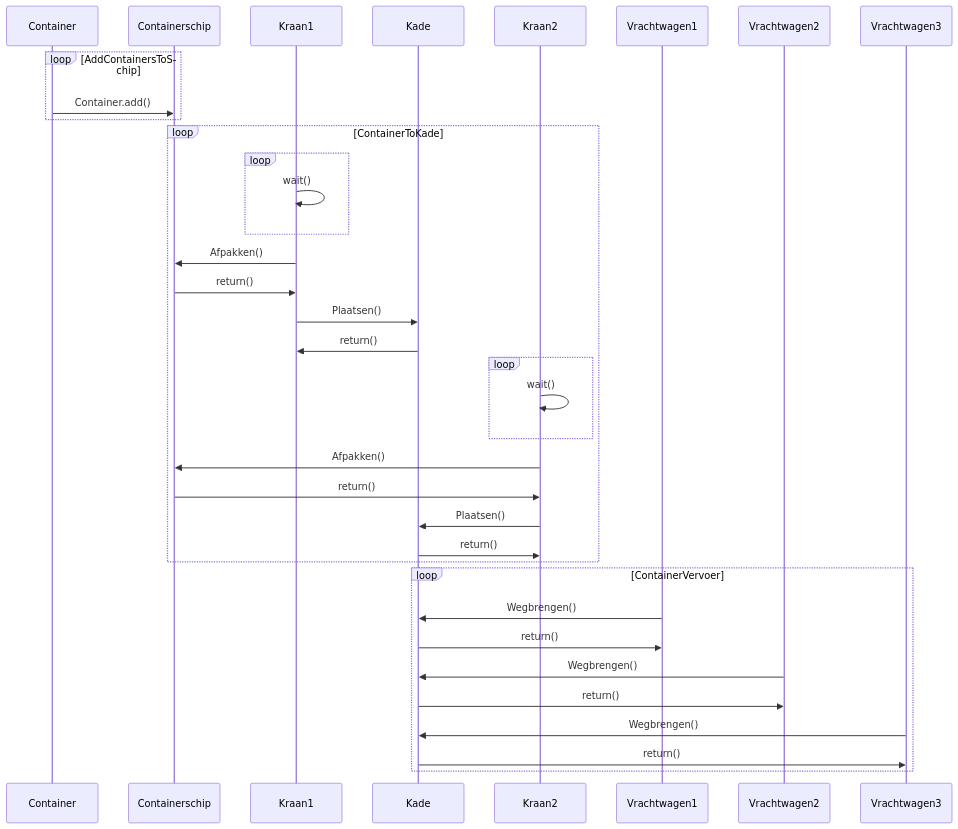
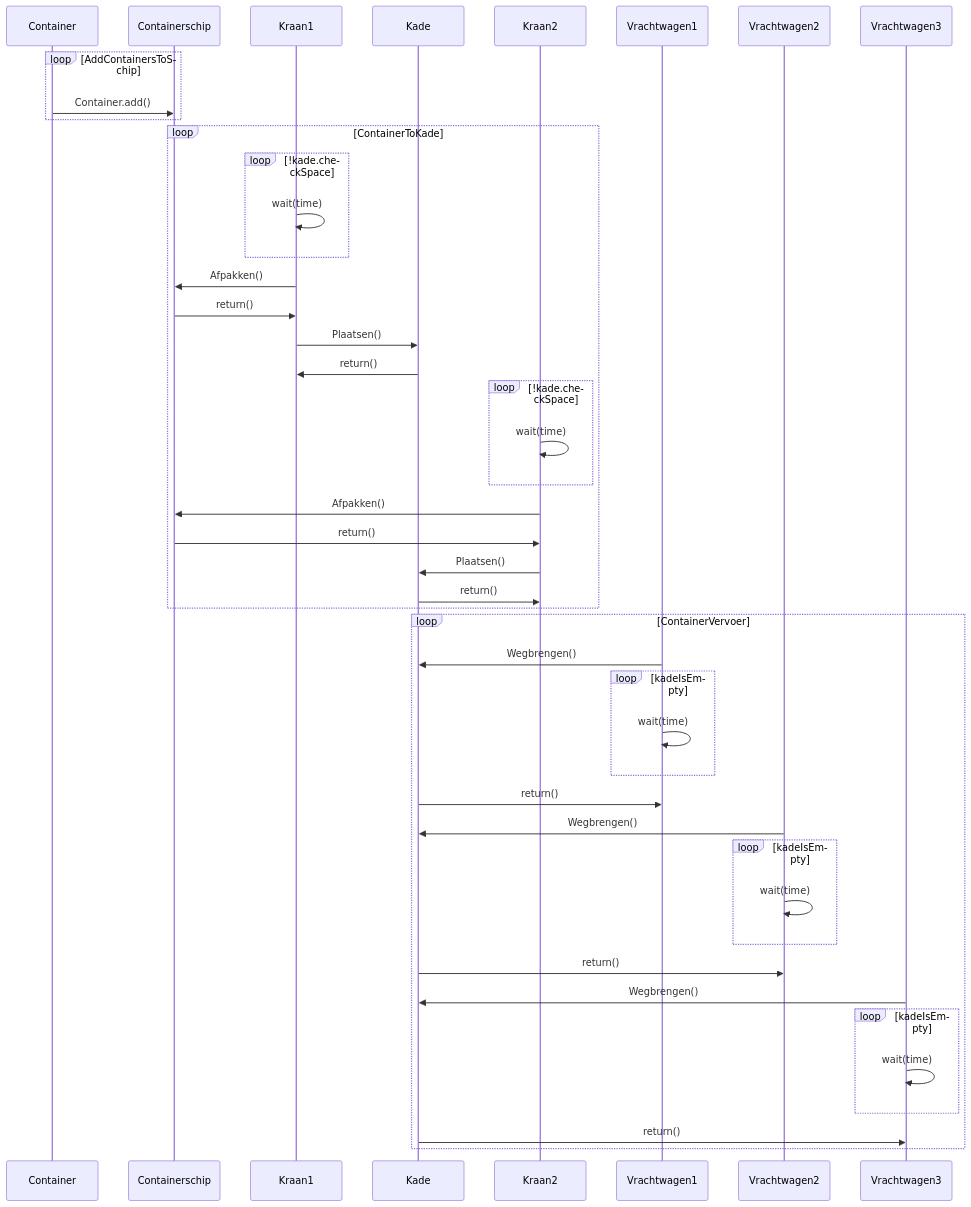
Before and after one commit to RockFreakRickerd/SameCodeDifferentLanguagues: the first of 2 diagrams in ShipQuay/README.md, drawn with Mermaid.

````diff
--- a/ShipQuay/README.md
+++ b/ShipQuay/README.md
@@ -5,30 +5,39 @@
 ```mermaid
 sequenceDiagram
 loop AddContainersToSchip
   Container->>Containerschip: Container.add()
 end
 loop ContainerToKade
-  loop
-    Kraan1->>Kraan1: wait()
+  loop !kade.checkSpace
+    Kraan1->>Kraan1: wait(time)
   end
   Kraan1->>Containerschip: Afpakken()
   Containerschip->>Kraan1: return()
   Kraan1->>Kade: Plaatsen()
   Kade->>Kraan1: return()
-  loop
-    Kraan2->>Kraan2: wait()
+  loop !kade.checkSpace
+    Kraan2->>Kraan2: wait(time)
   end
   Kraan2->>Containerschip: Afpakken()
   Containerschip->>Kraan2: return()
   Kraan2->>Kade: Plaatsen()
   Kade->>Kraan2: return()
 end
 loop ContainerVervoer
   Vrachtwagen1->>Kade: Wegbrengen()
+  loop kadeIsEmpty
+    Vrachtwagen1->>Vrachtwagen1: wait(time)
+  end
   Kade->>Vrachtwagen1: return()
   Vrachtwagen2->>Kade: Wegbrengen()
+  loop kadeIsEmpty
+    Vrachtwagen2->>Vrachtwagen2: wait(time)
+  end
   Kade->>Vrachtwagen2: return()
   Vrachtwagen3->>Kade: Wegbrengen()
+  loop kadeIsEmpty
+    Vrachtwagen3->>Vrachtwagen3: wait(time)
+  end
   Kade->>Vrachtwagen3: return()
 end
 ```
````
